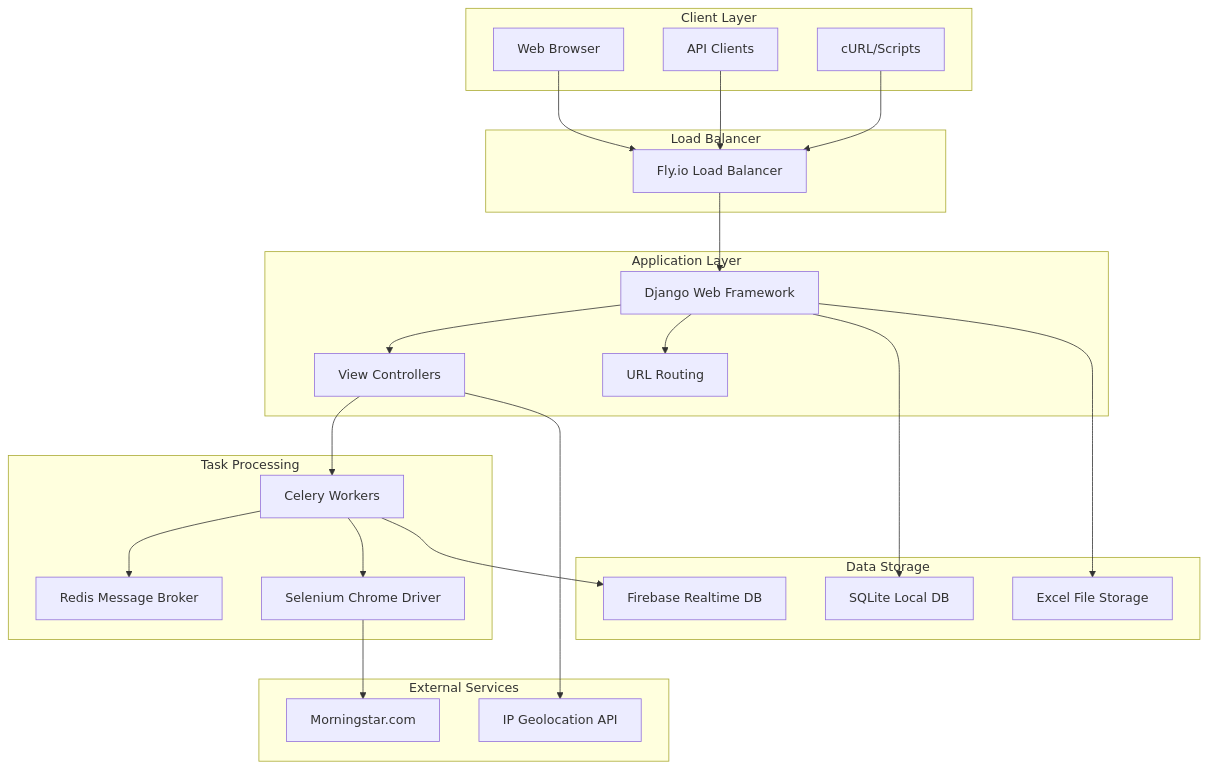
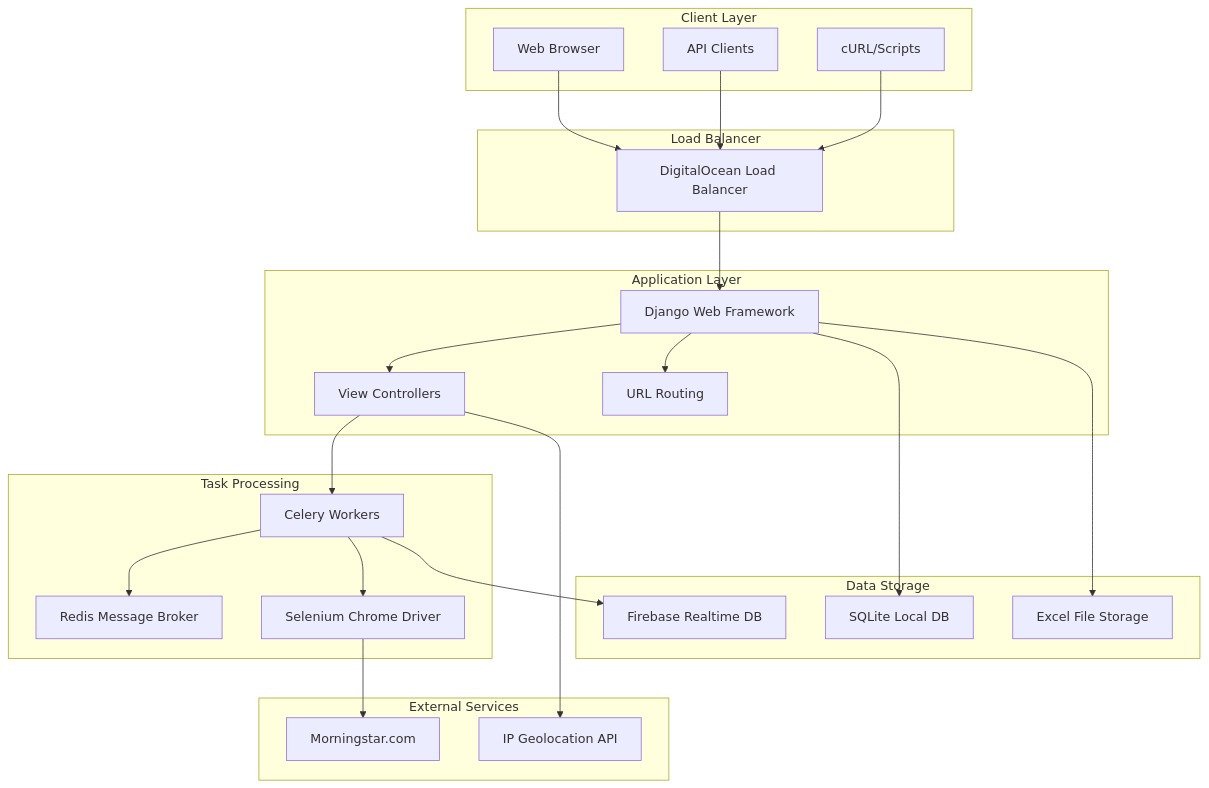
Before and after one commit to FGonzales-Dev/StockDataWebAppV2: the first of 4 diagrams in PROJECT_DOCUMENTATION.md, drawn with Mermaid. The commit also changed other lines of this file and 12 other files, not shown here.

````diff
--- a/PROJECT_DOCUMENTATION.md
+++ b/PROJECT_DOCUMENTATION.md
@@ -39,50 +39,50 @@
 ```mermaid
 graph TB
     subgraph "Client Layer"
         WEB[Web Browser]
         API[API Clients]
         CURL[cURL/Scripts]
     end
     
     subgraph "Load Balancer"
-        FLY[Fly.io Load Balancer]
+        FLY[DigitalOcean Load Balancer]
     end
     
     subgraph "Application Layer"
         DJANGO[Django Web Framework]
         VIEWS[View Controllers]
         URLS[URL Routing]
     end
     
     subgraph "Task Processing"
         CELERY[Celery Workers]
         REDIS[Redis Message Broker]
         SELENIUM[Selenium Chrome Driver]
     end
     
     subgraph "Data Storage"
         FIREBASE[Firebase Realtime DB]
         SQLITE[SQLite Local DB]
         EXCEL[Excel File Storage]
     end
     
     subgraph "External Services"
         MORNINGSTAR[Morningstar.com]
         IPAPI[IP Geolocation API]
     end
     
     WEB --> FLY
     API --> FLY
     CURL --> FLY
     FLY --> DJANGO
     DJANGO --> VIEWS
     DJANGO --> URLS
     VIEWS --> CELERY
     CELERY --> REDIS
     CELERY --> SELENIUM
     SELENIUM --> MORNINGSTAR
     CELERY --> FIREBASE
     DJANGO --> SQLITE
     DJANGO --> EXCEL
     VIEWS --> IPAPI
 ```
````
